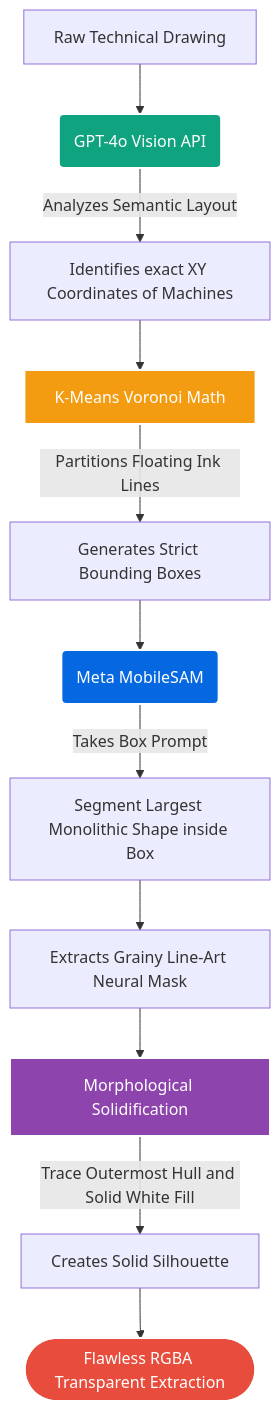
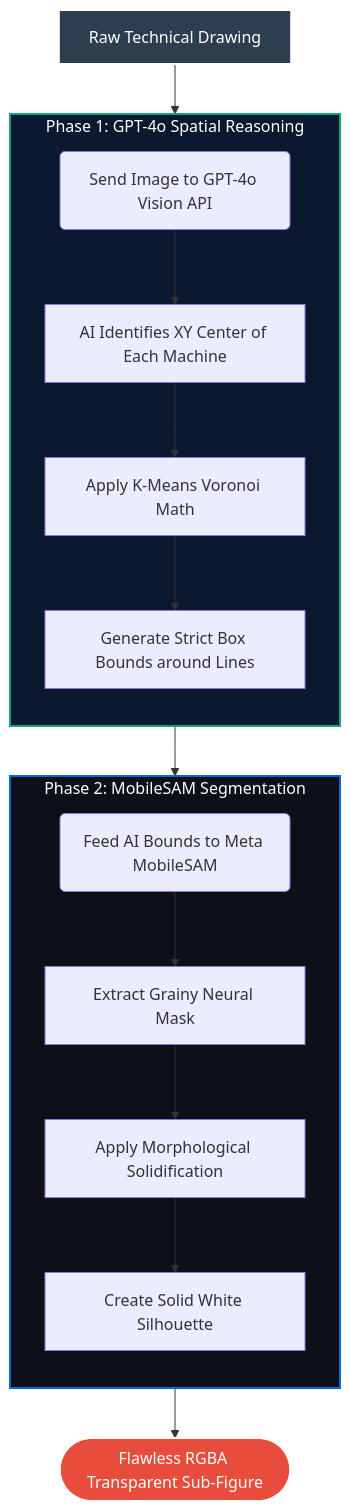
Before and after one commit to supunabeywickrama/figure_split_test: the diagram in README.md, drawn with Mermaid.

Commit message:
docs: refactor Mermaid flowchart in README to use subgraphs for improved pipeline visualization

````diff
--- a/README.md
+++ b/README.md
@@ -9,19 +9,41 @@
 ```mermaid
 flowchart TD
-    A[Raw Technical Drawing] --> B(GPT-4o Vision API)
-    B -->|Analyzes Semantic Layout| C[Identifies exact XY Coordinates of Machines]
-    C --> D[K-Means Voronoi Math]
-    D -->|Partitions Floating Ink Lines| E[Generates Strict Bounding Boxes]
-    E --> F(Meta MobileSAM)
-    F -->|Takes Box Prompt| G[Segment Largest Monolithic Shape inside Box]
-    G --> H[Extracts Grainy Line-Art Neural Mask]
-    H --> I[Morphological Solidification]
-    I -->|Trace Outermost Hull and Solid White Fill| J[Creates Solid Silhouette]
-    J --> K([Flawless RGBA Transparent Extraction])
-    
-    style B fill:#10a37f,stroke:#fff,stroke-width:2px,color:#fff
-    style D fill:#f39c12,stroke:#fff,stroke-width:2px,color:#fff
-    style F fill:#0668E1,stroke:#fff,stroke-width:2px,color:#fff
-    style I fill:#8e44ad,stroke:#fff,stroke-width:2px,color:#fff
-    style K fill:#e74c3c,stroke:#fff,stroke-width:2px,color:#fff
+    %% Input Section
+    In[Raw Technical Drawing]
+
+    %% Phase 1: Semantic Understanding
+    subgraph Brain [Phase 1: GPT-4o Spatial Reasoning]
+        direction TB
+        B1(Send Image to GPT-4o Vision API)
+        B2[AI Identifies XY Center of Each Machine]
+        B3[Apply K-Means Voronoi Math]
+        B4[Generate Strict Box Bounds around Lines]
+        
+        B1 --> B2 --> B3 --> B4
+    end
+
+    %% Phase 2: Segmentation
+    subgraph Scalpel [Phase 2: MobileSAM Segmentation]
+        direction TB
+        S1(Feed AI Bounds to Meta MobileSAM)
+        S2[Extract Grainy Neural Mask]
+        S3[Apply Morphological Solidification]
+        S4[Create Solid White Silhouette]
+        
+        S1 --> S2 --> S3 --> S4
+    end
+
+    %% Output Section
+    Out([Flawless RGBA Transparent Sub-Figure])
+
+    %% Main Pipeline Flow
+    In --> Brain
+    B4 --> Scalpel
+    S4 --> Out
+
+    %% Colors and Styling
+    style Brain fill:#0a192f,stroke:#10a37f,stroke-width:2px,color:#fff
+    style Scalpel fill:#0d1117,stroke:#0668E1,stroke-width:2px,color:#fff
+    style In fill:#2c3e50,stroke:#fff,stroke-width:2px,color:#fff
+    style Out fill:#e74c3c,stroke:#fff,stroke-width:2px,color:#fff
 ```
````
